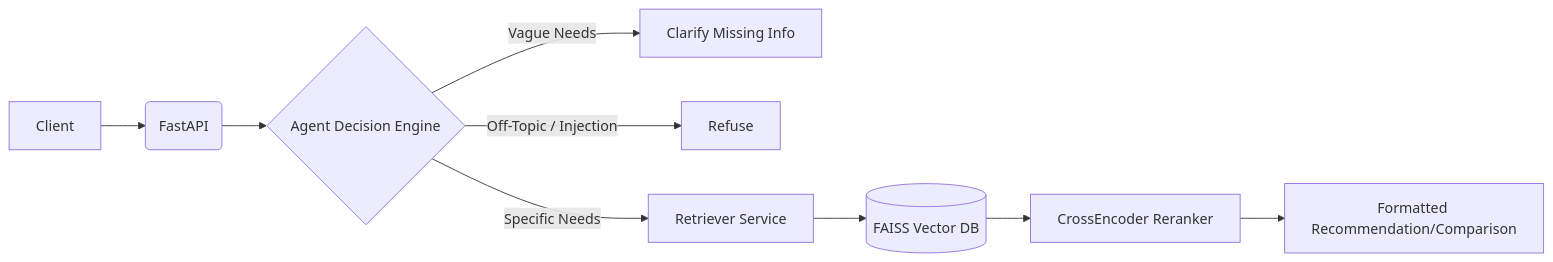
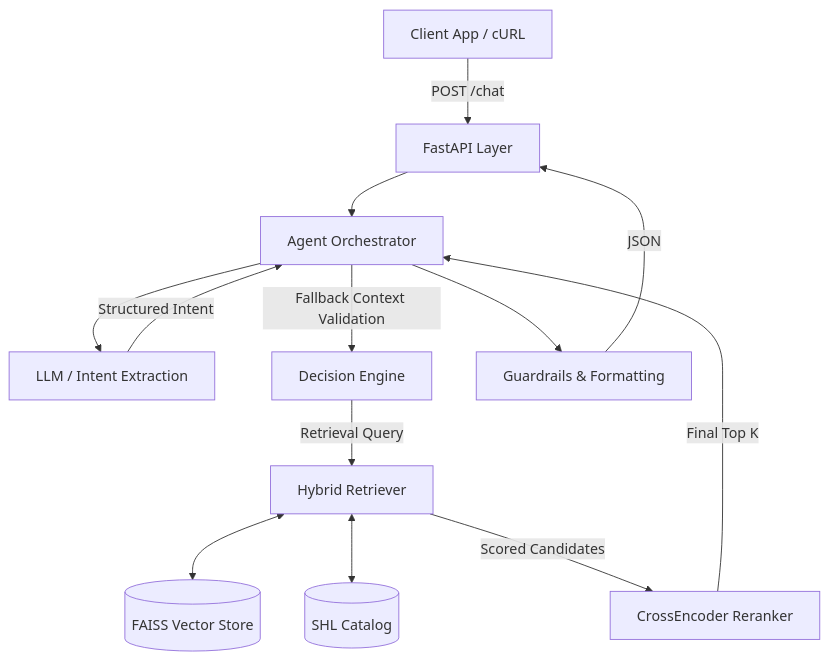
The first of 2 diagrams in README.md (salique0302/conversational-assessment-recommender), drawn with Mermaid before and after one commit. The commit also changed other lines of this file, not shown here.

Commit message:
docs: add production-quality README with architecture diagrams and API docs

````diff
--- a/README.md
+++ b/README.md
@@ -13,13 +27,20 @@
 ```mermaid
-flowchart LR
-    A[Client] --> B(FastAPI)
-    B --> C{Agent Decision Engine}
+graph TD
+    Client[Client App / cURL] -->|POST /chat| API[FastAPI Layer]
+    API --> Orchestrator[Agent Orchestrator]
     
-    C -- Vague Needs --> D[Clarify Missing Info]
-    C -- Off-Topic / Injection --> E[Refuse]
-    C -- Specific Needs --> F[Retriever Service]
+    Orchestrator --> LLM[LLM / Intent Extraction]
+    LLM --> |Structured Intent| Orchestrator
     
-    F --> G[(FAISS Vector DB)]
-    G --> H[CrossEncoder Reranker]
-    H --> I[Formatted Recommendation/Comparison]
+    Orchestrator -->|Fallback Context Validation| Engine[Decision Engine]
+    Engine -->|Retrieval Query| Retriever[Hybrid Retriever]
+    
+    Retriever <--> FAISS[(FAISS Vector Store)]
+    Retriever <--> Catalog[(SHL Catalog)]
+    
+    Retriever -->|Scored Candidates| Reranker[CrossEncoder Reranker]
+    Reranker -->|Final Top K| Orchestrator
+    
+    Orchestrator --> Guardrails[Guardrails & Formatting]
+    Guardrails -->|JSON| API
 ```
````
